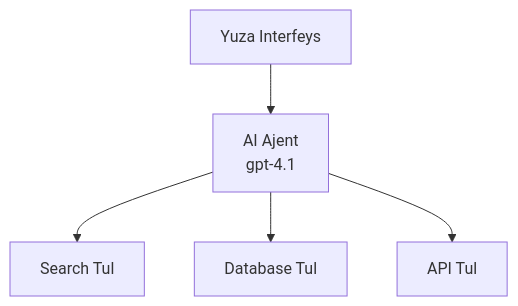
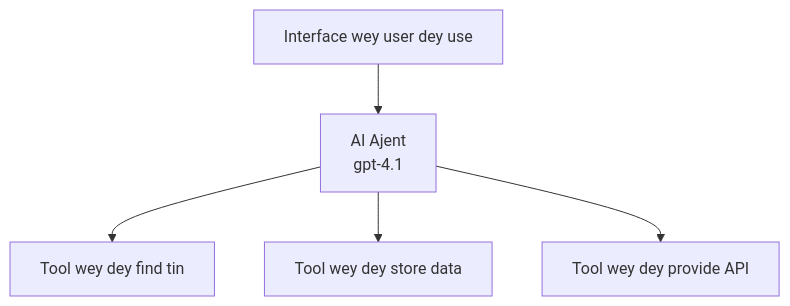
The first of 3 diagrams in translations/pcm/docs/chapter-02-ai-development/agents.md (microsoft/AZD-for-beginners), drawn with Mermaid before and after one commit. The commit also changed other lines of this file and 101 other files, not shown here.

````diff
--- a/translations/pcm/docs/chapter-02-ai-development/agents.md
+++ b/translations/pcm/docs/chapter-02-ai-development/agents.md
@@ -152,7 +157,7 @@
 ```mermaid
 graph TD
-    UI[Yuza Interfeys] --> Agent[AI Ajent<br/>gpt-4.1]
-    Agent --> Search[Search Tul]
-    Agent --> Database[Database Tul]
-    Agent --> API[API Tul]
+    UI[Interface wey user dey use] --> Agent[AI Ajent<br/>gpt-4.1]
+    Agent --> Search[Tool wey dey find tin]
+    Agent --> Database[Tool wey dey store data]
+    Agent --> API[Tool wey dey provide API]
 ```
````
